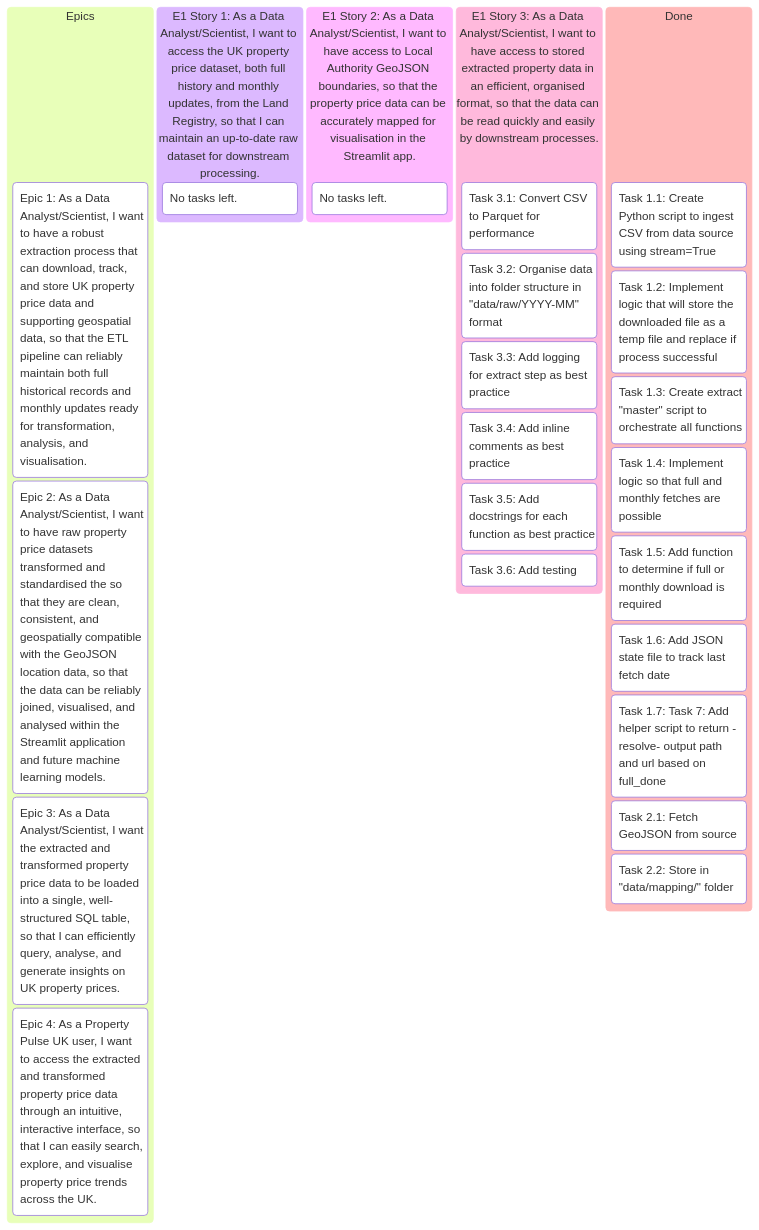
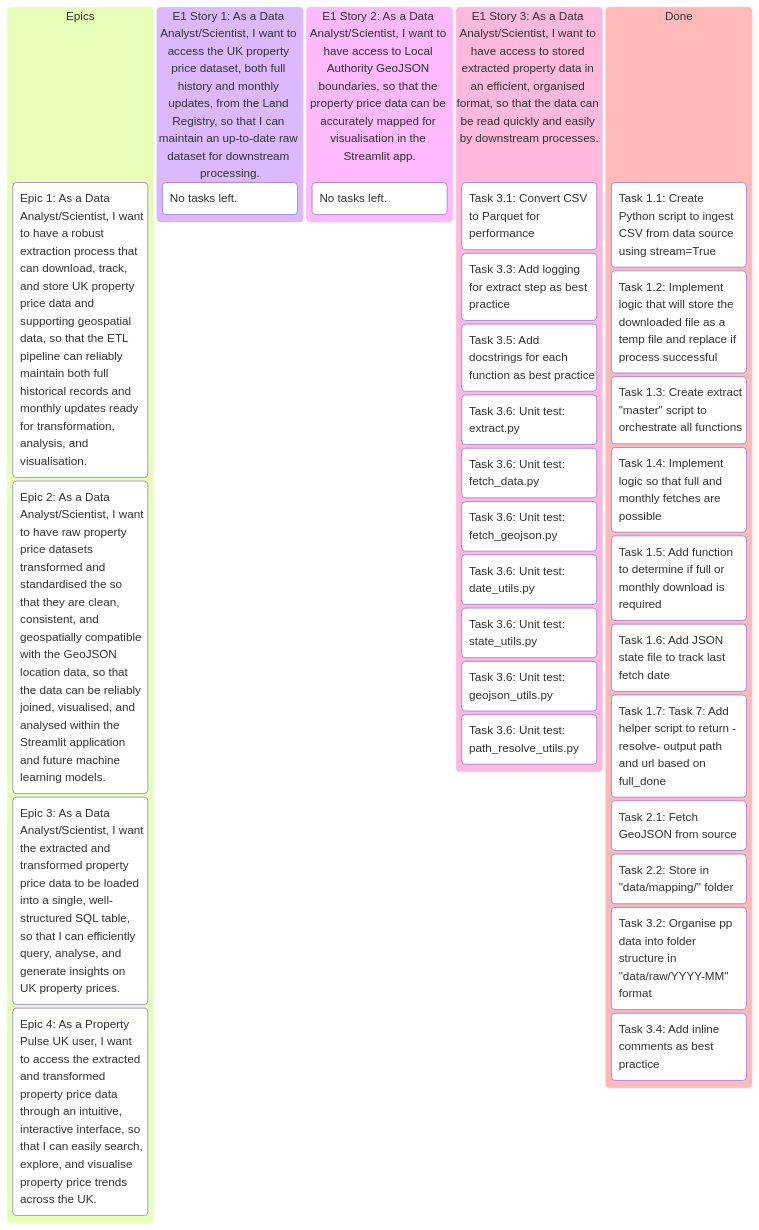
Before and after one commit to pavlekovic/property-pulse-uk: the first of 2 diagrams in README.md, drawn with Mermaid.

Commit message:
README update

````diff
--- a/README.md
+++ b/README.md
@@ -179,37 +179,43 @@
 ```mermaid
 kanban
     Epics
         (Epic 1: As a Data Analyst/Scientist, I want to have a robust extraction process that can download, track, and store UK property price data and supporting geospatial data, so that the ETL pipeline can reliably maintain both full historical records and monthly updates ready for transformation, analysis, and visualisation.)
 
         (Epic 2: As a Data Analyst/Scientist, I want to have raw property price datasets transformed and standardised the so that they are clean, consistent, and geospatially compatible with the GeoJSON location data, so that the data can be reliably joined, visualised, and analysed within the Streamlit application and future machine learning models.)
 
         (Epic 3: As a Data Analyst/Scientist, I want the extracted and transformed property price data to be loaded into a single, well-structured SQL table, so that I can efficiently query, analyse, and generate insights on UK property prices.)
 
         (Epic 4: As a Property Pulse UK user, I want to access the extracted and transformed property price data through an intuitive, interactive interface, so that I can easily search, explore, and visualise property price trends across the UK.)
 
     (E1 Story 1: As a Data Analyst/Scientist, I want to access the UK property price dataset, both full history and monthly updates, from the Land Registry, so that I can maintain an up-to-date raw dataset for downstream processing.)
         No tasks left.
 
     (E1 Story 2: As a Data Analyst/Scientist, I want to have access to Local Authority GeoJSON boundaries, so that the property price data can be accurately mapped for visualisation in the Streamlit app.)
         No tasks left.
 
     (E1 Story 3: As a Data Analyst/Scientist, I want to have access to stored extracted property data in an efficient, organised format, so that the data can be read quickly and easily by downstream processes.)
         Task 3.1: Convert CSV to Parquet for performance
-        Task 3.2: Organise data into folder structure in "data/raw/YYYY-MM" format
         Task 3.3: Add logging for extract step as best practice
-        Task 3.4: Add inline comments as best practice
         Task 3.5: Add docstrings for each function as best practice
-        Task 3.6: Add testing
-
+        Task 3.6: Unit test: extract.py
+        Task 3.6: Unit test: fetch_data.py
+        Task 3.6: Unit test: fetch_geojson.py
+        Task 3.6: Unit test: date_utils.py
+        Task 3.6: Unit test: state_utils.py
+        Task 3.6: Unit test: geojson_utils.py
+        Task 3.6: Unit test: path_resolve_utils.py
+        
     Done
         Task 1.1: Create Python script to ingest CSV from data source using stream=True
         Task 1.2: Implement logic that will store the downloaded file as a temp file and replace if process successful
         Task 1.3: Create extract "master" script to orchestrate all functions
         Task 1.4: Implement logic so that full and monthly fetches are possible
         Task 1.5: Add function to determine if full or monthly download is required
         Task 1.6: Add JSON state file to track last fetch date
         Task 1.7: Task 7: Add helper script to return -resolve- output path and url based on full_done
         Task 2.1: Fetch GeoJSON from source
         Task 2.2: Store in "data/mapping/" folder
+        Task 3.2: Organise pp data into folder structure in "data/raw/YYYY-MM" format
+        Task 3.4: Add inline comments as best practice
      
 ```
````
